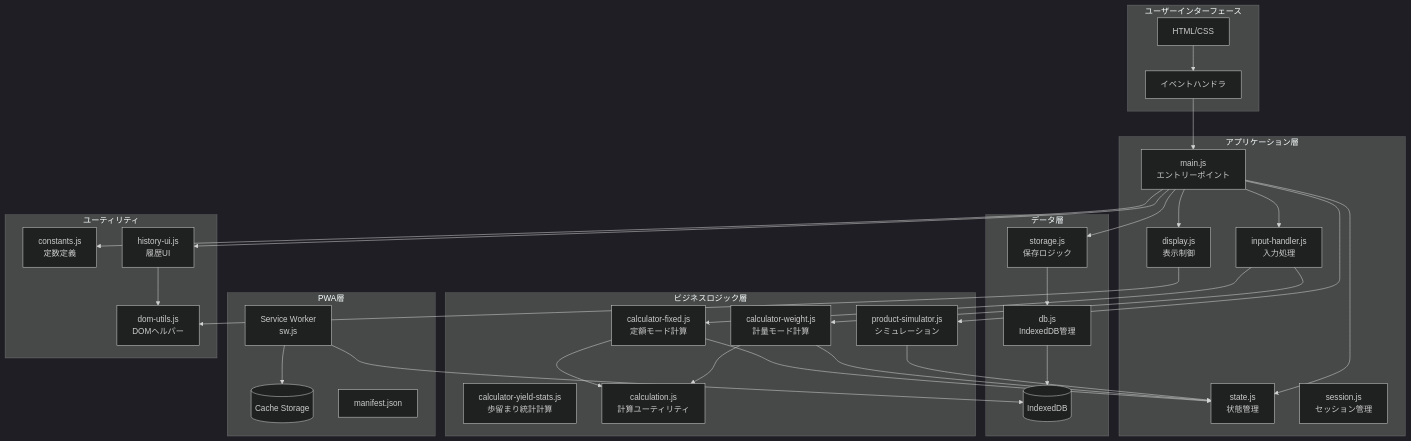
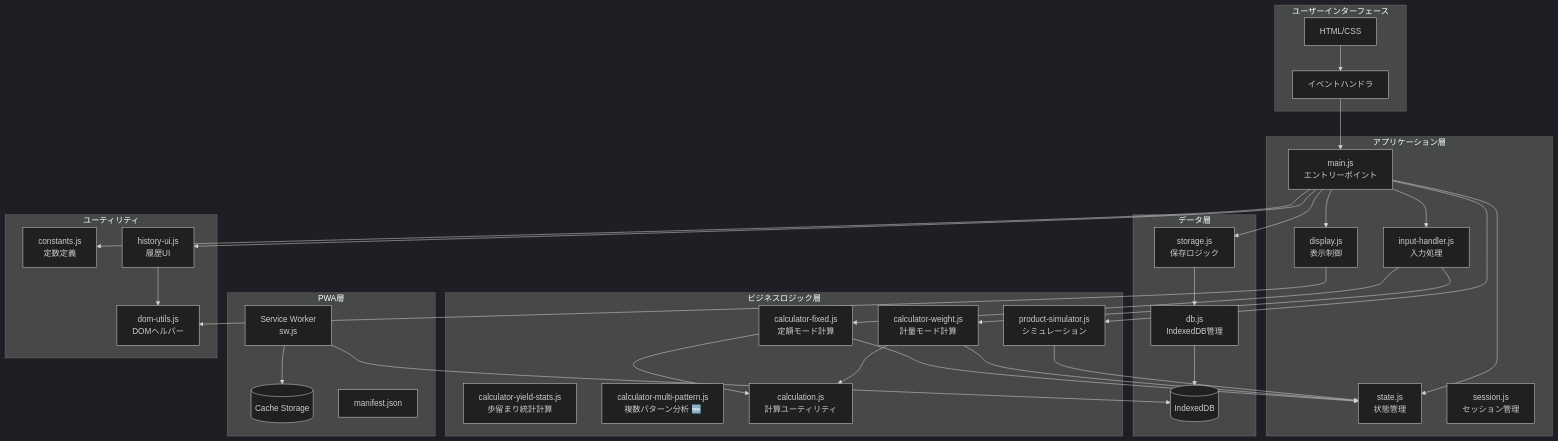
The first of 22 diagrams in docs/ARCHITECTURE.md (Watanabe-Masao/tool), drawn with Mermaid (dark theme) before and after one commit. The commit also changed other lines of this file and 3 other files, not shown here.

````diff
--- a/docs/ARCHITECTURE.md
+++ b/docs/ARCHITECTURE.md
@@ -18,69 +29,70 @@
 ```mermaid
 graph TB
     subgraph "ユーザーインターフェース"
         UI[HTML/CSS]
         Events[イベントハンドラ]
     end
 
     subgraph "アプリケーション層"
         Main[main.js<br/>エントリーポイント]
         State[state.js<br/>状態管理]
         Display[display.js<br/>表示制御]
         InputHandler[input-handler.js<br/>入力処理]
         Session[session.js<br/>セッション管理]
     end
 
     subgraph "ビジネスロジック層"
         CalcFixed[calculator-fixed.js<br/>定額モード計算]
         CalcWeight[calculator-weight.js<br/>計量モード計算]
         CalcYieldStats[calculator-yield-stats.js<br/>歩留まり統計計算]
+        CalcMulti[calculator-multi-pattern.js<br/>複数パターン分析 🆕]
         Calc[calculation.js<br/>計算ユーティリティ]
         Simulator[product-simulator.js<br/>シミュレーション]
     end
 
     subgraph "データ層"
         Storage[storage.js<br/>保存ロジック]
         DB[db.js<br/>IndexedDB管理]
         IDB[(IndexedDB)]
     end
 
     subgraph "PWA層"
         SW[Service Worker<br/>sw.js]
         Cache[(Cache Storage)]
         Manifest[manifest.json]
     end
 
     subgraph "ユーティリティ"
         Constants[constants.js<br/>定数定義]
         DomUtils[dom-utils.js<br/>DOMヘルパー]
         HistoryUI[history-ui.js<br/>履歴UI]
     end
 
     UI --> Events
     Events --> Main
     Main --> State
     Main --> Display
     Main --> InputHandler
     Main --> HistoryUI
 
     InputHandler --> CalcFixed
     InputHandler --> CalcWeight
     CalcFixed --> Calc
     CalcWeight --> Calc
     CalcFixed --> State
     CalcWeight --> State
 
     Main --> Simulator
     Simulator --> State
 
     Main --> Storage
     Storage --> DB
     DB --> IDB
 
     Display --> DomUtils
     HistoryUI --> DomUtils
     Main --> Constants
 
     SW --> Cache
     SW --> IDB
 ```
````
